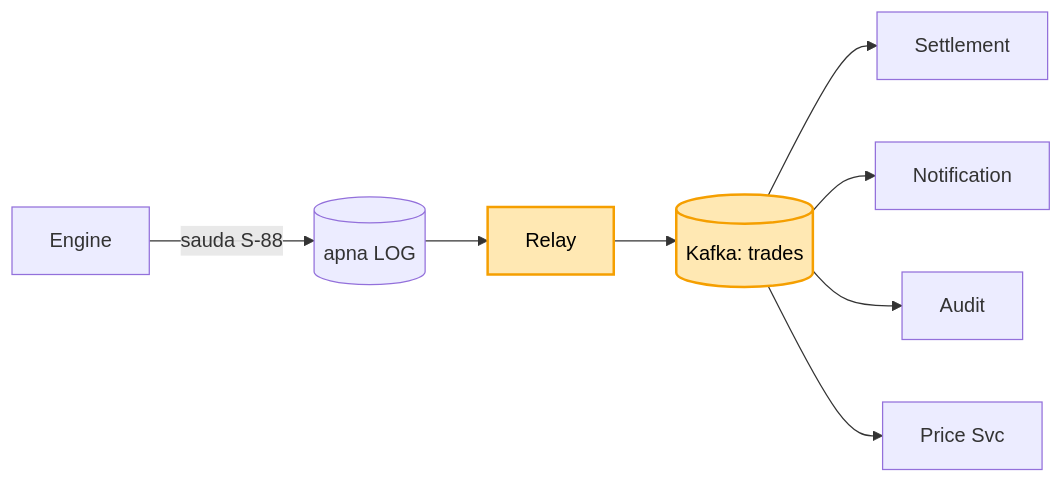
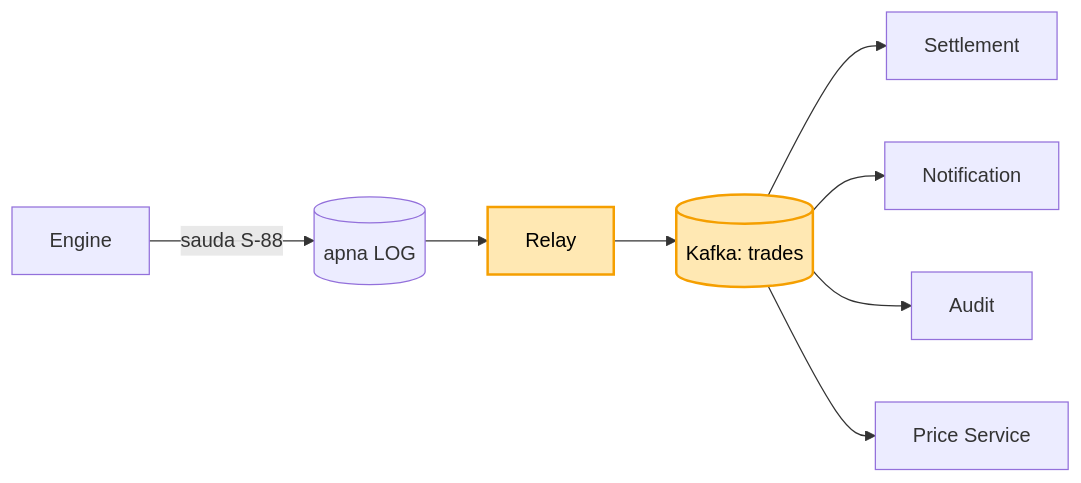
One commit to ArpanMaheshwari144/Prep changed the sixth of 8 diagrams in 04_HLD/SYSTEM_DESIGNS/05_stock_broker_trading/05_stock_broker_trading.md. Above: the diagram before and after it, drawn with Mermaid. The commit also changed other lines of this file and 8 other files, not shown here.

````diff
--- a/04_HLD/SYSTEM_DESIGNS/05_stock_broker_trading/05_stock_broker_trading.md
+++ b/04_HLD/SYSTEM_DESIGNS/05_stock_broker_trading/05_stock_broker_trading.md
@@ -243,12 +243,12 @@
 ```mermaid
 flowchart LR
     E["Engine"] -- "sauda S-88" --> L[("apna LOG")]
     L --> R["Relay"]
     R --> K[("Kafka: trades")]
     K --> ST["Settlement"]
     K --> N["Notification"]
     K --> A["Audit"]
-    K --> PS["Price Svc"]
+    K --> PS["Price Service"]
     style R fill:#ffe8b3,stroke:#f59f00,stroke-width:2px,color:#000
     style K fill:#ffe8b3,stroke:#f59f00,stroke-width:2px,color:#000
 ```
````
